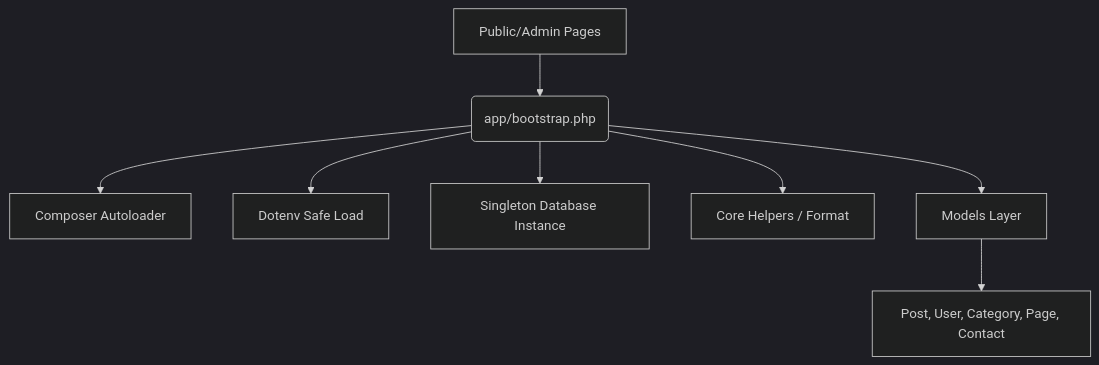
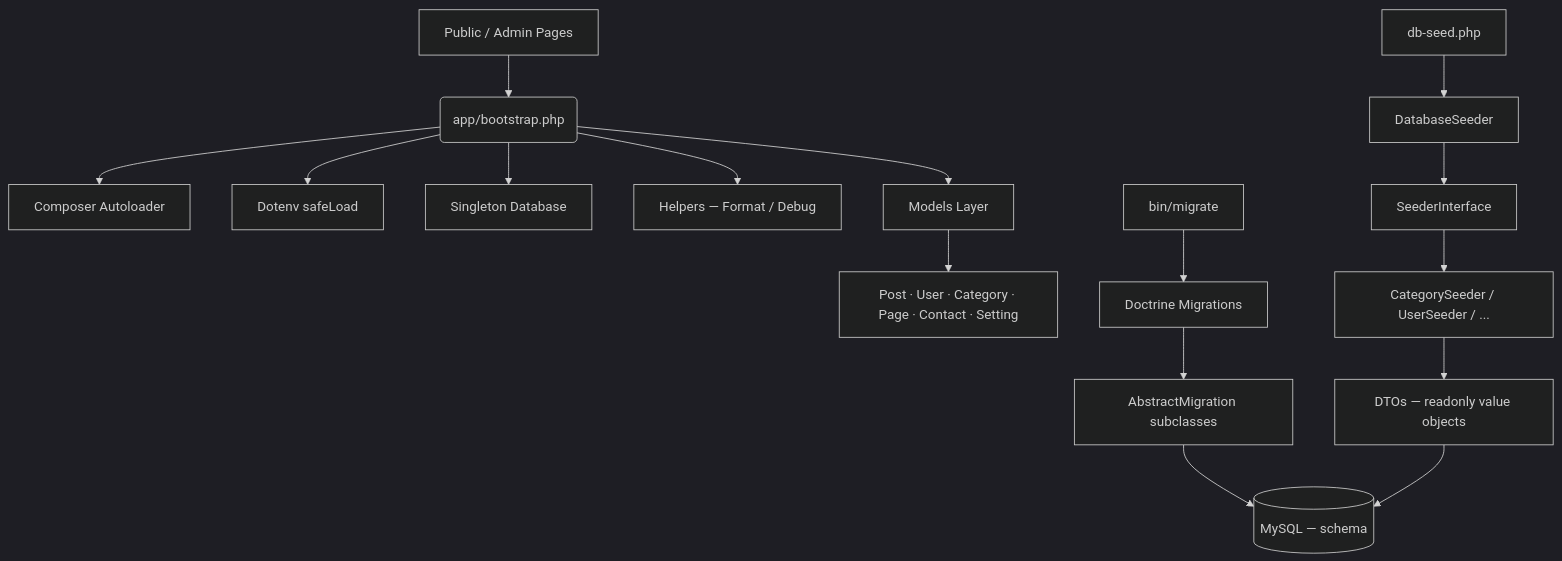
Before and after one commit to mhannan-dev/php-blog: the diagram in README.md, drawn with Mermaid (dark theme). The commit also changed other lines of this file and 867 other files, not shown here.

Commit message:
feat: initialize database schema, seeders, and vendor dependencies for the project

````diff
--- a/README.md
+++ b/README.md
@@ -46,10 +52,20 @@
 ```mermaid
 graph TD
-    A[Public/Admin Pages] --> B(app/bootstrap.php)
+    A[Public / Admin Pages] --> B(app/bootstrap.php)
     B --> C[Composer Autoloader]
-    B --> D[Dotenv Safe Load]
-    B --> E[Singleton Database Instance]
-    B --> F[Core Helpers / Format]
+    B --> D[Dotenv safeLoad]
+    B --> E[Singleton Database]
+    B --> F[Helpers — Format / Debug]
     B --> G[Models Layer]
-    G --> H[Post, User, Category, Page, Contact]
+    G --> H[Post · User · Category · Page · Contact · Setting]
+
+    CLI1[bin/migrate] --> I[Doctrine Migrations]
+    I --> J[AbstractMigration subclasses]
+    J --> K[(MySQL — schema)]
+
+    CLI2[db-seed.php] --> L[DatabaseSeeder]
+    L --> M[SeederInterface]
+    M --> N[CategorySeeder / UserSeeder / ...]
+    N --> O[DTOs — readonly value objects]
+    O --> K
 ```
````
